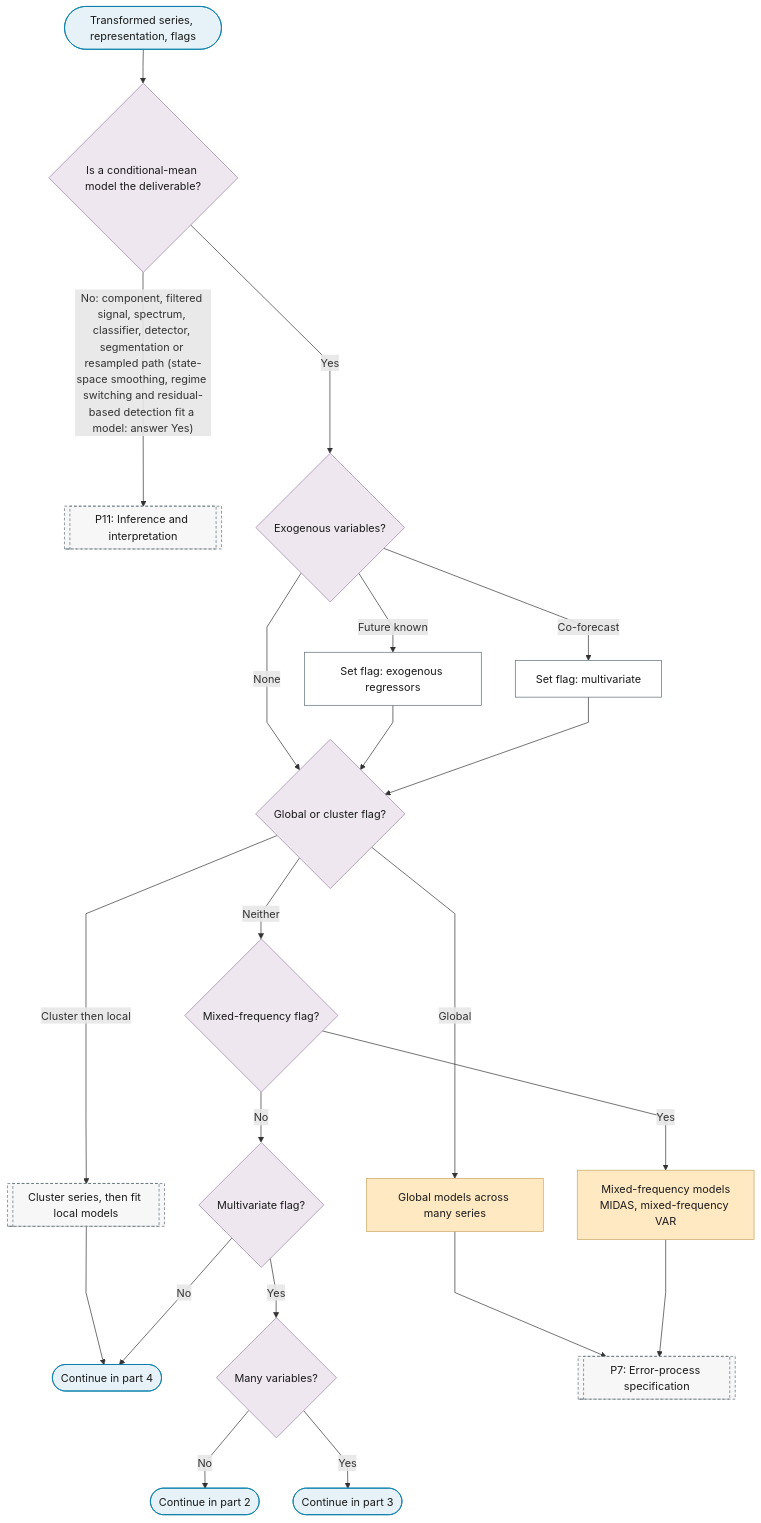
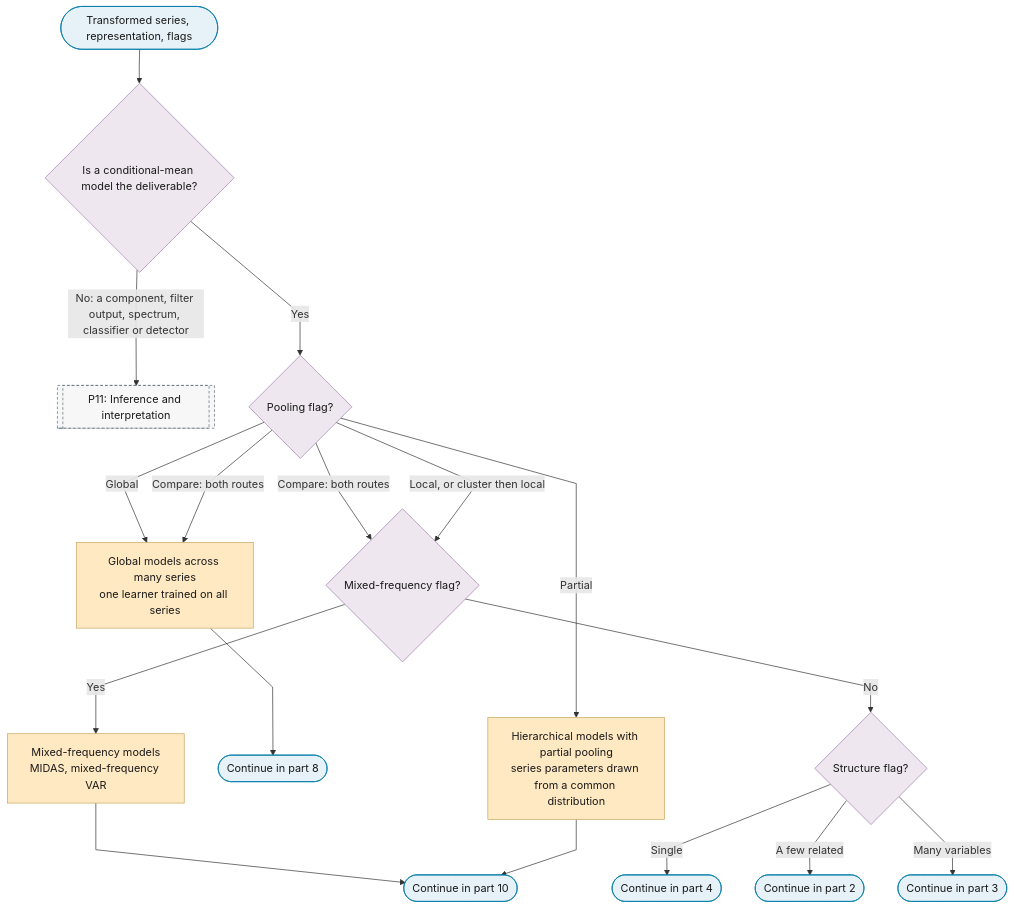
One commit to Shuxin-Y/time-series-analysis-manual changed the first of 10 diagrams in docs/01-workflow/p06-mean-model-class.md. Above: the diagram before and after it, drawn with Mermaid. The commit also changed other lines of this file and 7 other files, not shown here.

First line of the commit message:
feat(p6): pooling-first routing, covariates as a modifier, candidate set

````diff
--- a/docs/01-workflow/p06-mean-model-class.md
+++ b/docs/01-workflow/p06-mean-model-class.md
@@ -11,35 +11,31 @@
 ```mermaid
 %%{init: {"flowchart": {"curve": "linear"}}}%%
 graph TD
     P6_IN(["Transformed series, representation, flags"]) --> P6_MODEL_NEEDED{"Is a conditional-mean model the deliverable?"}
-    P6_MODEL_NEEDED -->|"No: component, filtered signal, spectrum, classifier, detector, segmentation or resampled path (state-space smoothing, regime switching and residual-based detection fit a model: answer Yes)"| P11[["P11: Inference and interpretation"]]
-    P6_MODEL_NEEDED -->|"Yes"| P6_EXOGENOUS{"Exogenous variables?"}
-    P6_EXOGENOUS -->|"Future known"| P6_EXOG_FLAG["Set flag: exogenous regressors"]
-    P6_EXOGENOUS -->|"Co-forecast"| P6_MULTI_FLAG["Set flag: multivariate"]
-    P6_EXOGENOUS -->|"None"| P6_GLOBAL_Q
-    P6_EXOG_FLAG & P6_MULTI_FLAG --> P6_GLOBAL_Q{"Global or cluster flag?"}
-    P6_GLOBAL_Q -->|"Global"| P6_GLOBAL_MODELS["Global models across many series"]
-    P6_GLOBAL_Q -->|"Cluster then local"| B7_CLUSTER_THEN_LOCAL[["Cluster series, then fit local models"]]
-    P6_GLOBAL_Q -->|"Neither"| P6_MIXED_Q{"Mixed-frequency flag?"}
-    B7_CLUSTER_THEN_LOCAL --> P6_TO_PART_4
+    P6_MODEL_NEEDED -->|"No: a component, filter output, spectrum, classifier or detector"| P11[["P11: Inference and interpretation"]]
+    P6_MODEL_NEEDED -->|"Yes"| P6_POOLING{"Pooling flag?"}
+    P6_POOLING -->|"Global"| P6_GLOBAL_MODELS["Global models across many series<br/>one learner trained on all series"]
+    P6_POOLING -->|"Compare: both routes"| P6_GLOBAL_MODELS
+    P6_POOLING -->|"Compare: both routes"| P6_MIXED_Q
+    P6_POOLING -->|"Local, or cluster then local"| P6_MIXED_Q{"Mixed-frequency flag?"}
+    P6_POOLING -->|"Partial"| P6_PARTIAL_POOLING["Hierarchical models with partial pooling<br/>series parameters drawn from a common distribution"]
+    P6_GLOBAL_MODELS --> P6_TO_PART_8(["Continue in part 8"])
     P6_MIXED_Q -->|"Yes"| P6_MIXED_FREQUENCY["Mixed-frequency models<br/>MIDAS, mixed-frequency VAR"]
-    P6_MIXED_Q -->|"No"| P6_MULTI_Q{"Multivariate flag?"}
-    P6_MULTI_Q -->|"Yes"| P6_MANY_Q{"Many variables?"}
-    P6_MULTI_Q -->|"No"| P6_TO_PART_4(["Continue in part 4"])
-    P6_MANY_Q -->|"No"| P6_TO_PART_2(["Continue in part 2"])
-    P6_MANY_Q -->|"Yes"| P6_TO_PART_3(["Continue in part 3"])
-    P6_GLOBAL_MODELS & P6_MIXED_FREQUENCY --> P7[["P7: Error-process specification"]]
-    class P6_GLOBAL_MODELS,P6_MIXED_FREQUENCY escalate
-    class P6_IN,P6_TO_PART_4,P6_TO_PART_2,P6_TO_PART_3 terminator
-    class P6_MODEL_NEEDED,P6_EXOGENOUS,P6_GLOBAL_Q,P6_MIXED_Q,P6_MULTI_Q,P6_MANY_Q decision
-    class P6_EXOG_FLAG,P6_MULTI_FLAG process
-    class P11,B7_CLUSTER_THEN_LOCAL,P7 ref
+    P6_MIXED_Q -->|"No"| P6_STRUCTURE_Q{"Structure flag?"}
+    P6_STRUCTURE_Q -->|"Single"| P6_TO_PART_4(["Continue in part 4"])
+    P6_STRUCTURE_Q -->|"A few related"| P6_TO_PART_2(["Continue in part 2"])
+    P6_STRUCTURE_Q -->|"Many variables"| P6_TO_PART_3(["Continue in part 3"])
+    P6_MIXED_FREQUENCY & P6_PARTIAL_POOLING --> P6_PART_1_OUT(["Continue in part 10"])
+    class P6_GLOBAL_MODELS,P6_PARTIAL_POOLING,P6_MIXED_FREQUENCY escalate
+    class P6_IN,P6_TO_PART_8,P6_TO_PART_4,P6_TO_PART_2,P6_TO_PART_3,P6_PART_1_OUT terminator
+    class P6_MODEL_NEEDED,P6_POOLING,P6_MIXED_Q,P6_STRUCTURE_Q decision
+    class P11 ref
     classDef terminator fill:#E6F2F7,stroke:#007BA7,color:#1A1A1A;
     classDef process fill:#FFFFFF,stroke:#5A6B73,color:#1A1A1A;
     classDef decision fill:#EFE7F0,stroke:#9B7FA7,color:#1A1A1A;
     classDef data fill:#FFF4E0,stroke:#C9A55E,color:#1A1A1A;
     classDef good fill:#DCEFD8,stroke:#4A7A3F,color:#1A1A1A;
     classDef escalate fill:#FFE9C2,stroke:#C9A55E,color:#1A1A1A;
     classDef problem fill:#F2D9DE,stroke:#800020,color:#1A1A1A;
     classDef ref fill:#F7F7F7,stroke:#5A6B73,color:#1A1A1A,stroke-dasharray:4 3;
 ```
````
